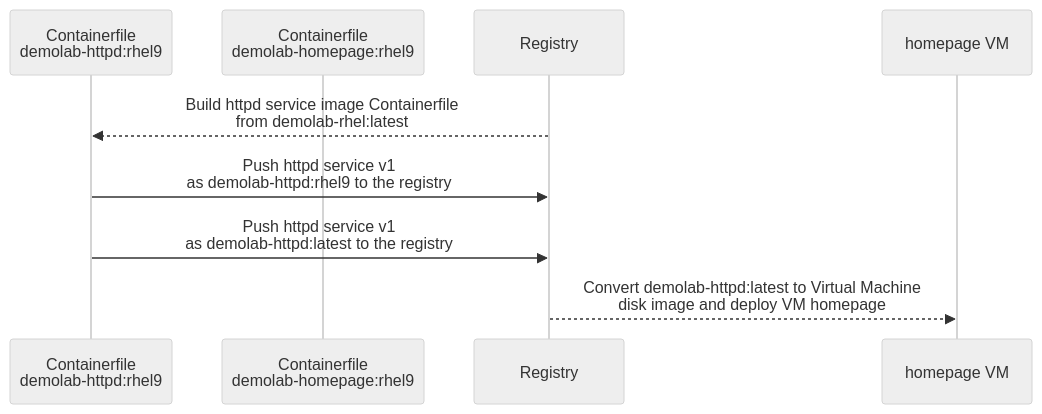
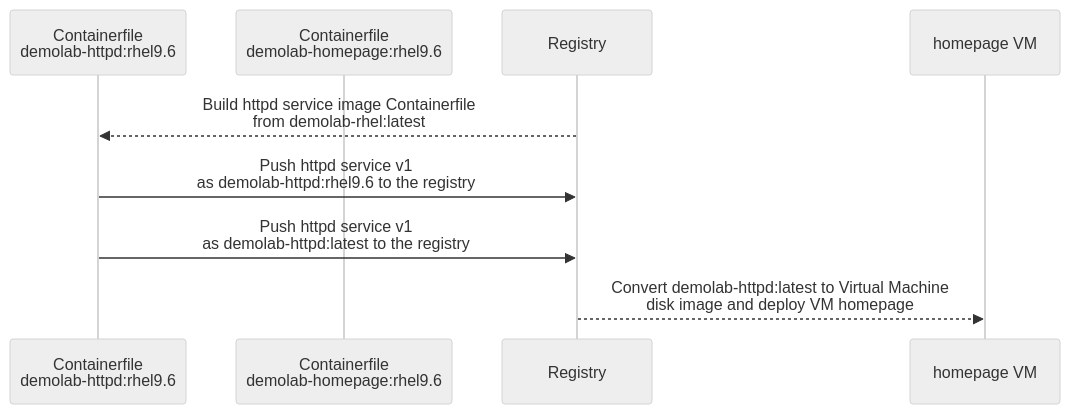
The fifth of 11 diagrams in README.md (jvdbreggen/imagemodedemo), drawn with Mermaid (neutral theme) before and after one commit. The commit also changed other lines of this file, not shown here.

Commit message:
New diagrams, fix errors and add more comments

````diff
--- a/README.md
+++ b/README.md
@@ -194,14 +307,14 @@
 ```mermaid
 sequenceDiagram
     %% Actors
-    participant containerfile_httpd_1 as Containerfile<br/>demolab-httpd:rhel9
-    participant containerfile_homepage_1 as Containerfile<br/>demolab-homepage:rhel9
+    participant containerfile_httpd_1 as Containerfile<br/>demolab-httpd:rhel9.6
+    participant containerfile_homepage_1 as Containerfile<br/>demolab-homepage:rhel9.6
     participant registry as Registry
     participant homepage_vm_1 as homepage VM
 
     %% httpd VM Creation workflow
     registry-->>containerfile_httpd_1: Build httpd service image Containerfile<br/>from demolab-rhel:latest
-    containerfile_httpd_1->>registry: Push httpd service v1<br/>as demolab-httpd:rhel9 to the registry
+    containerfile_httpd_1->>registry: Push httpd service v1<br/>as demolab-httpd:rhel9.6 to the registry
     containerfile_httpd_1->>registry: Push httpd service v1<br/>as demolab-httpd:latest to the registry
     registry-->>homepage_vm_1: Convert demolab-httpd:latest to Virtual Machine<br/> disk image and deploy VM homepage
 ```
````
